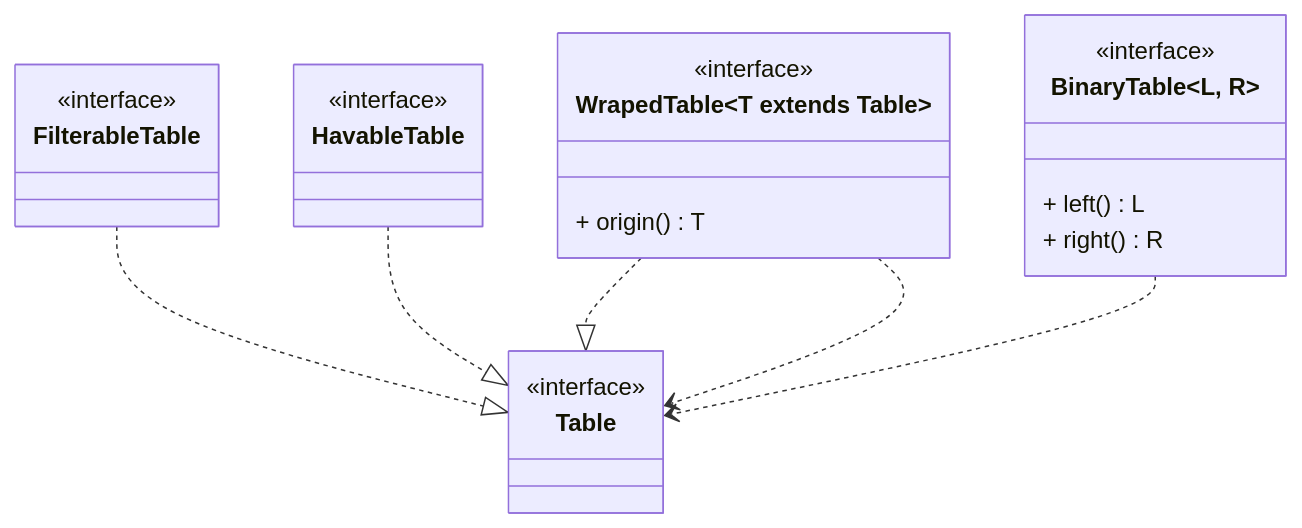
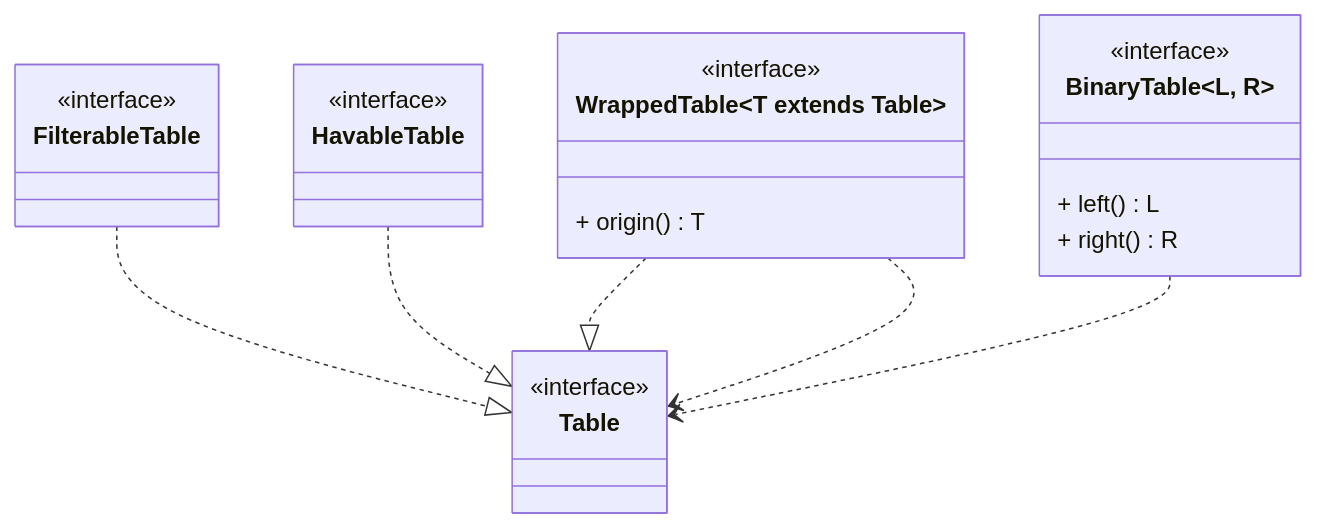
The first of 13 diagrams in docs/domain.md (safarislava/QueryBricks), drawn with Mermaid before and after one commit. The commit also changed other lines of this file, not shown here.

````diff
--- a/docs/domain.md
+++ b/docs/domain.md
@@ -5,30 +5,30 @@
 ```mermaid
 classDiagram
     class Table {
         <<interface>>
     }
 
     class FilterableTable {
         <<interface>>
     }
     FilterableTable ..|> Table
 
     class HavableTable {
         <<interface>>
     }
     HavableTable ..|> Table
 
-    class WrapedTable~T extends Table~ {
+    class WrappedTable~T extends Table~ {
         <<interface>>
         + origin() T
     }
-    WrapedTable ..|> Table
-    WrapedTable ..> Table
+    WrappedTable ..|> Table
+    WrappedTable ..> Table
 
     class BinaryTable~L, R~ {
         <<interface>>
         + left() L
         + right() R
     }
     BinaryTable ..> Table
 ```
````
